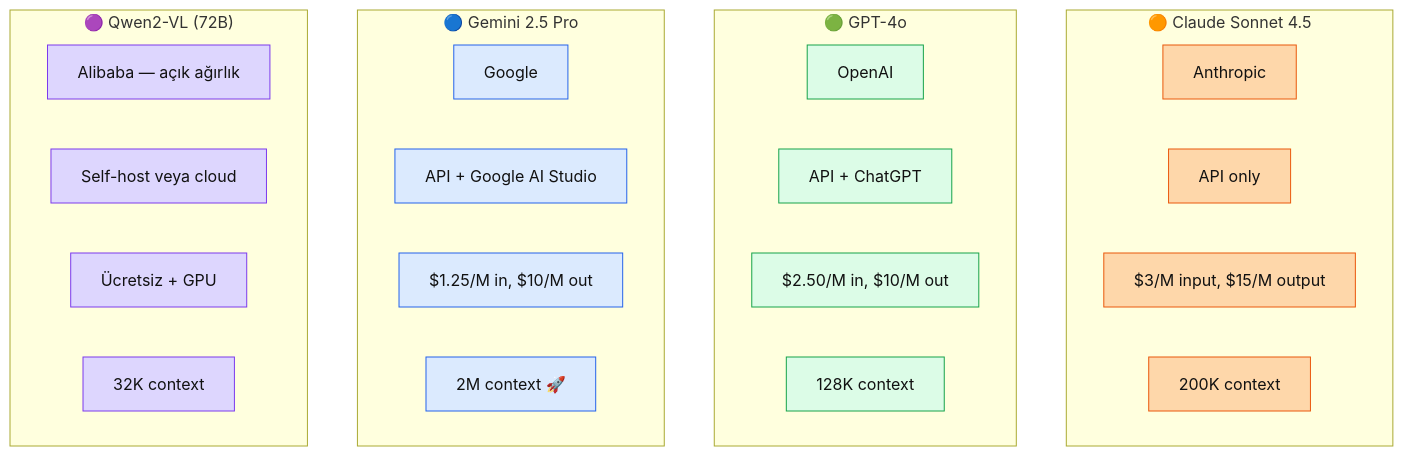
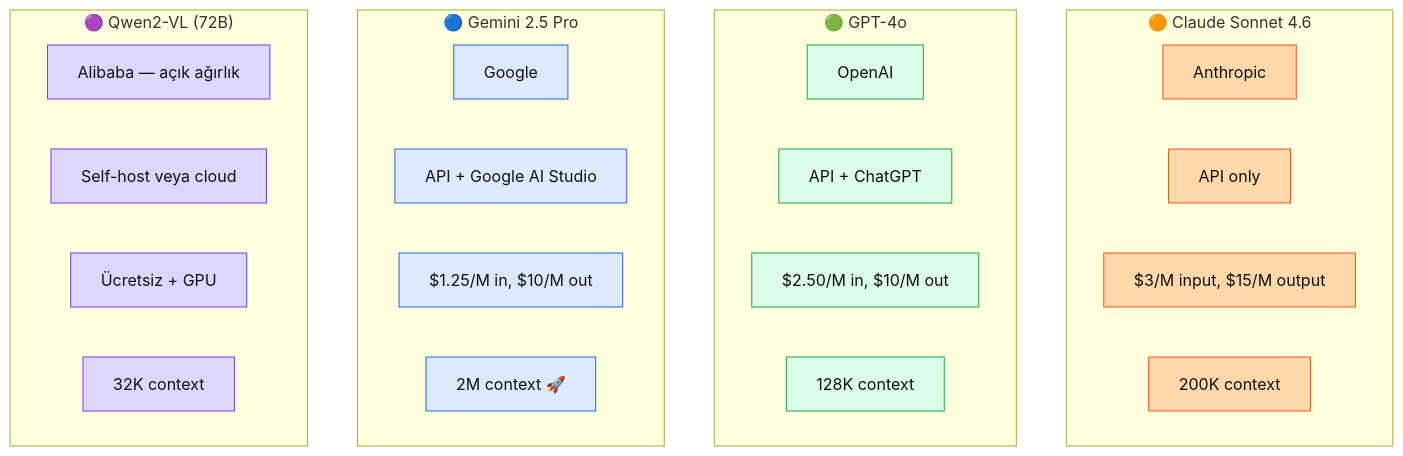
The diagram in docs/bolum-7/04-vision-language.md (KemalG-u/muhendisal-platform), drawn with Mermaid before and after one commit. The commit also changed other lines of this file and 41 other files, not shown here.

````diff
--- a/docs/bolum-7/04-vision-language.md
+++ b/docs/bolum-7/04-vision-language.md
@@ -30,39 +30,39 @@
 ```mermaid
 flowchart TB
-    subgraph CLAUDE["🟠 Claude Sonnet 4.5"]
+    subgraph CLAUDE["🟠 Claude Sonnet 4.6"]
         C1[Anthropic]
         C2[API only]
         C3[$3/M input, $15/M output]
         C4[200K context]
     end
 
     subgraph GPT["🟢 GPT-4o"]
         G1[OpenAI]
         G2[API + ChatGPT]
         G3[$2.50/M in, $10/M out]
         G4[128K context]
     end
 
     subgraph GEMINI["🔵 Gemini 2.5 Pro"]
         M1[Google]
         M2[API + Google AI Studio]
         M3[$1.25/M in, $10/M out]
         M4[2M context 🚀]
     end
 
     subgraph QWEN["🟣 Qwen2-VL (72B)"]
         Q1[Alibaba — açık ağırlık]
         Q2[Self-host veya cloud]
         Q3[Ücretsiz + GPU]
         Q4[32K context]
     end
 
     classDef c fill:#fed7aa,stroke:#ea580c,color:#111
     classDef g fill:#dcfce7,stroke:#16a34a,color:#111
     classDef m fill:#dbeafe,stroke:#2563eb,color:#111
     classDef q fill:#ddd6fe,stroke:#7c3aed,color:#111
     class C1,C2,C3,C4 c
     class G1,G2,G3,G4 g
     class M1,M2,M3,M4 m
     class Q1,Q2,Q3,Q4 q
 ```
````
